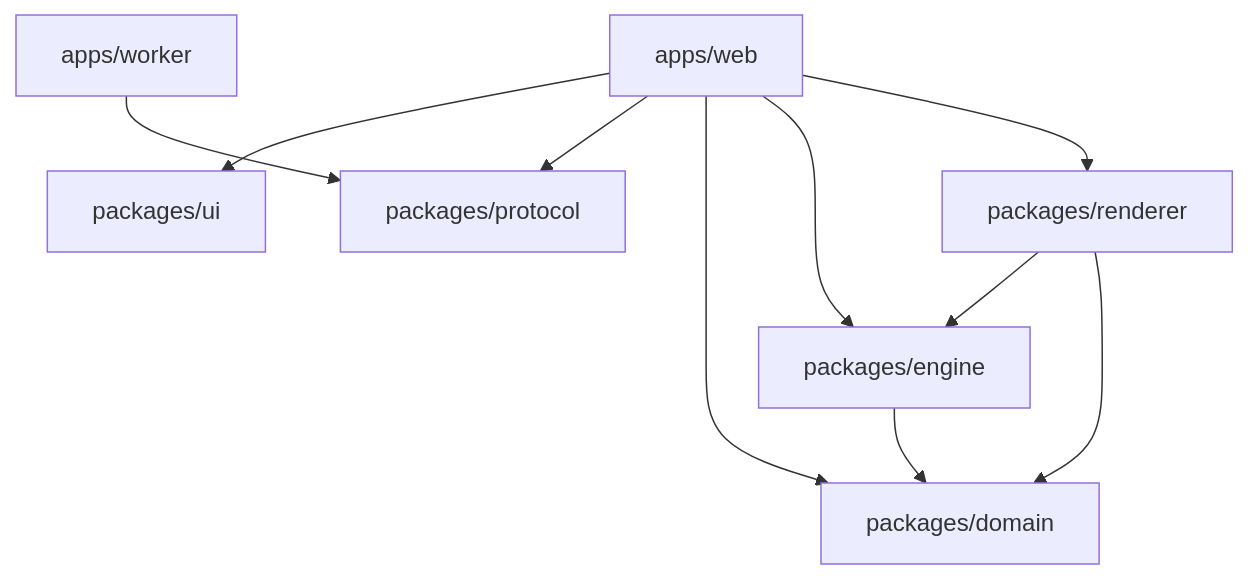
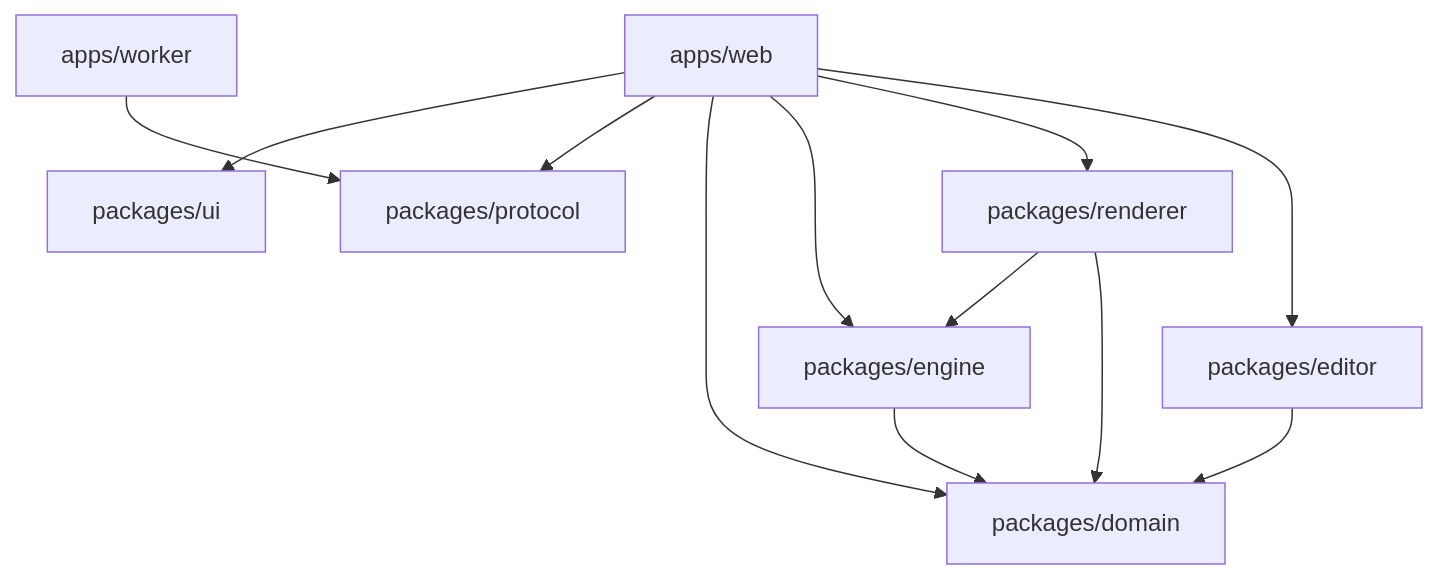
One commit to kasperyhr/axiom-garden changed the second of 6 diagrams in docs/ARCHITECTURE.md. Above: the diagram before and after it, drawn with Mermaid. The commit also changed other lines of this file and 56 other files, not shown here.

````diff
--- a/docs/ARCHITECTURE.md
+++ b/docs/ARCHITECTURE.md
@@ -64,12 +69,14 @@
 ```mermaid
 flowchart TD
   Web["apps/web"] --> UI["packages/ui"]
   Web --> Protocol["packages/protocol"]
   Web --> Domain["packages/domain"]
   Web --> Engine["packages/engine"]
   Web --> Renderer["packages/renderer"]
+  Web --> Editor["packages/editor"]
+  Editor --> Domain
   Renderer --> Engine
   Renderer --> Domain
   Engine --> Domain
   Worker["apps/worker"] --> Protocol
 ```
````
